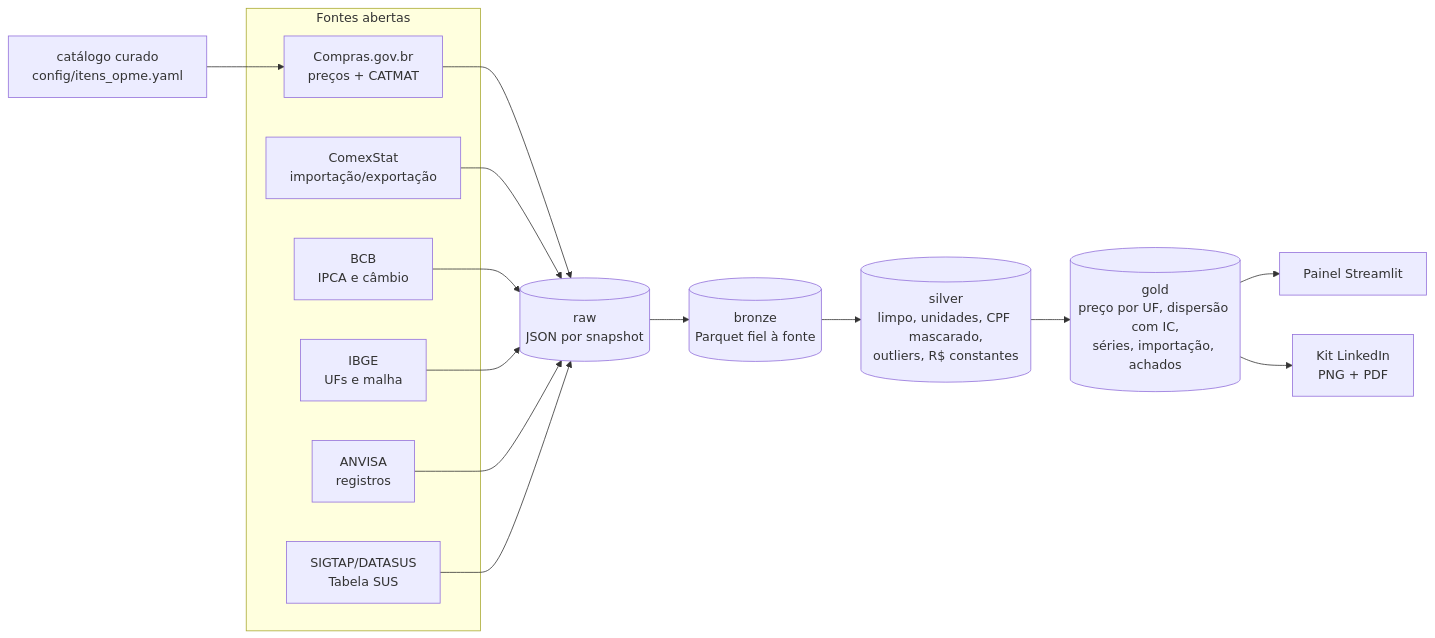
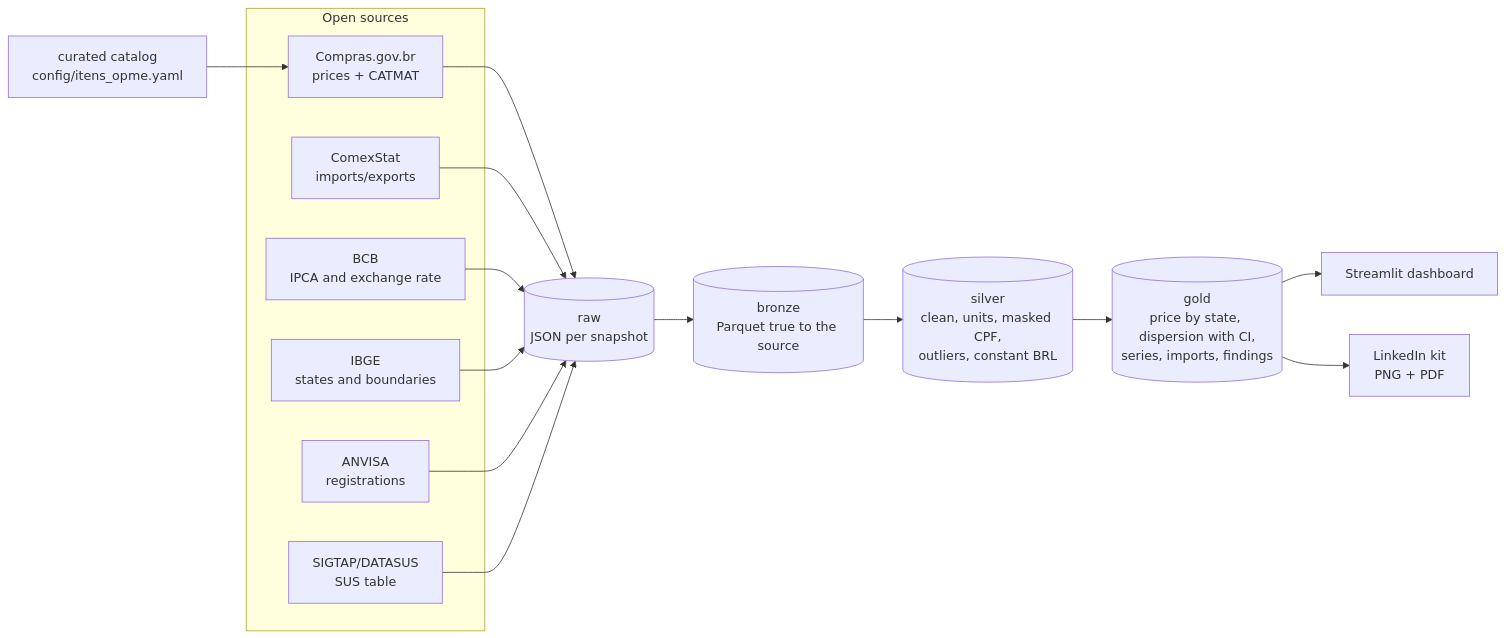
Before and after one commit to gorc-supply/raio-x-opme: the diagram in README.md, drawn with Mermaid. The commit also changed other lines of this file and 1 other file, not shown here.

````diff
--- a/README.md
+++ b/README.md
@@ -60,18 +64,18 @@
 ```mermaid
 flowchart LR
-    subgraph Fontes abertas
-        A[Compras.gov.br<br/>preços + CATMAT]
-        B[ComexStat<br/>importação/exportação]
-        C[BCB<br/>IPCA e câmbio]
-        D[IBGE<br/>UFs e malha]
-        E[ANVISA<br/>registros]
-        F[SIGTAP/DATASUS<br/>Tabela SUS]
+    subgraph Open sources
+        A[Compras.gov.br<br/>prices + CATMAT]
+        B[ComexStat<br/>imports/exports]
+        C[BCB<br/>IPCA and exchange rate]
+        D[IBGE<br/>states and boundaries]
+        E[ANVISA<br/>registrations]
+        F[SIGTAP/DATASUS<br/>SUS table]
     end
-    A & B & C & D & E & F --> R[(raw<br/>JSON por snapshot)]
-    R --> BZ[(bronze<br/>Parquet fiel à fonte)]
-    BZ --> S[(silver<br/>limpo, unidades, CPF mascarado,<br/>outliers, R$ constantes)]
-    S --> G[(gold<br/>preço por UF, dispersão com IC,<br/>séries, importação, achados)]
-    G --> P[Painel Streamlit]
-    G --> L[Kit LinkedIn<br/>PNG + PDF]
-    K[catálogo curado<br/>config/itens_opme.yaml] --> A
+    A & B & C & D & E & F --> R[(raw<br/>JSON per snapshot)]
+    R --> BZ[(bronze<br/>Parquet true to the source)]
+    BZ --> S[(silver<br/>clean, units, masked CPF,<br/>outliers, constant BRL)]
+    S --> G[(gold<br/>price by state, dispersion with CI,<br/>series, imports, findings)]
+    G --> P[Streamlit dashboard]
+    G --> L[LinkedIn kit<br/>PNG + PDF]
+    K[curated catalog<br/>config/itens_opme.yaml] --> A
 ```
````
